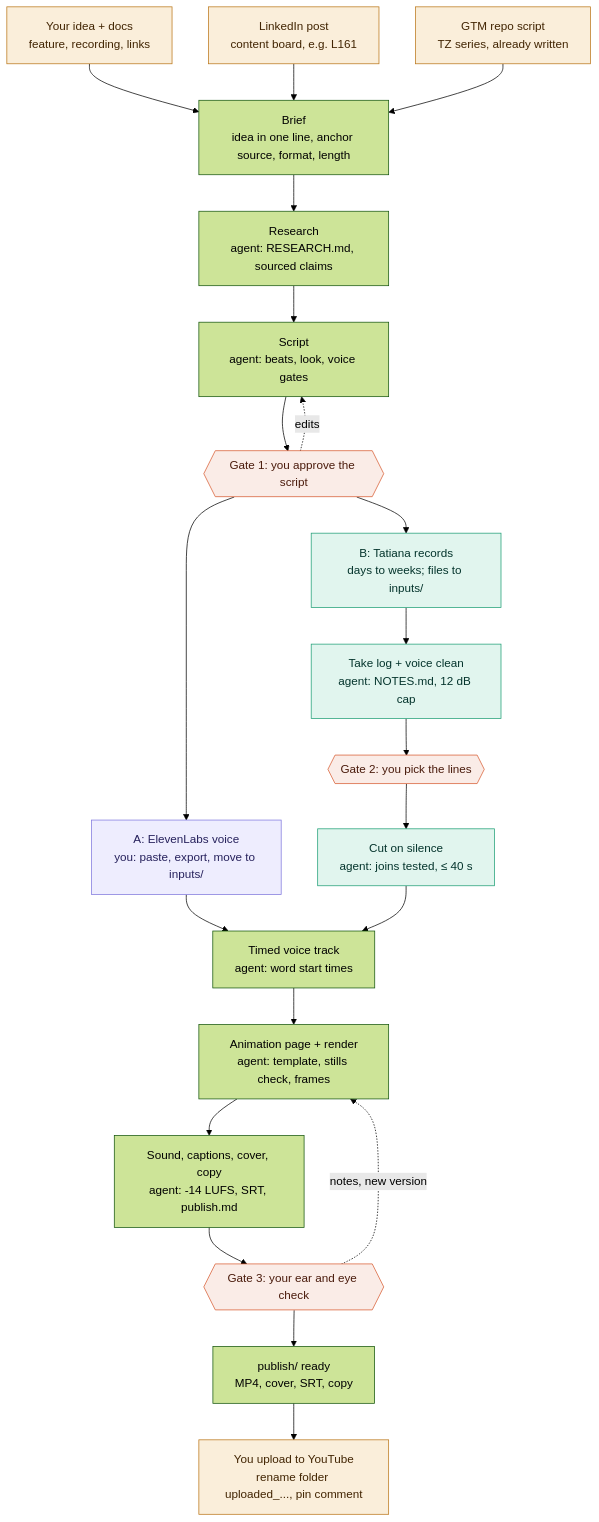
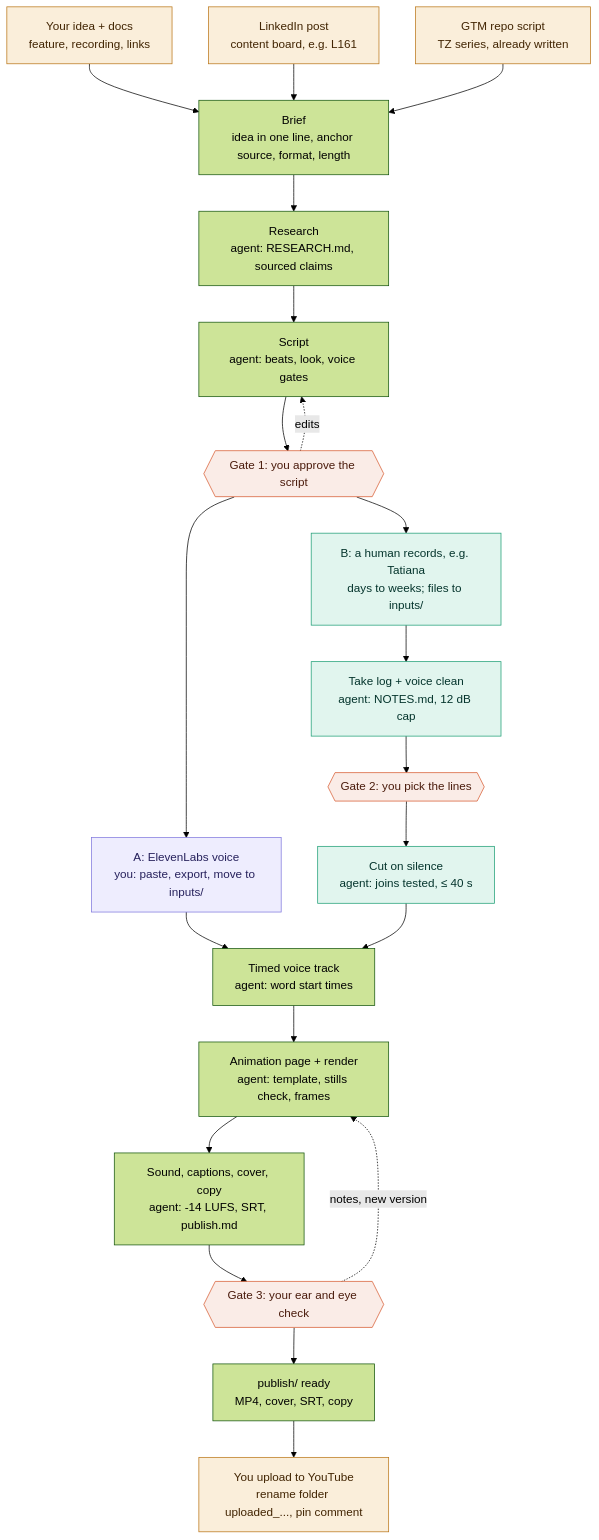
The diagram in docs/current-flows.md (dariasolomina-oss/malina-scaling-videos), drawn with Mermaid (forest theme) before and after one commit. The commit also changed 2 other files, not shown here.

Commit message:
docs: presenter is any human, Tatiana as example

````diff
--- a/docs/current-flows.md
+++ b/docs/current-flows.md
@@ -5,33 +5,33 @@
 ```mermaid
 flowchart TB
   classDef human fill:#FAEEDA,stroke:#BA7517,color:#412402
   classDef gate fill:#FAECE7,stroke:#D85A30,color:#4A1B0C
   classDef ai fill:#EEEDFE,stroke:#7F77DD,color:#26215C
   classDef hv fill:#E1F5EE,stroke:#1D9E75,color:#04342C
 
   T1[Your idea + docs<br/>feature, recording, links]:::human
   T2[LinkedIn post<br/>content board, e.g. L161]:::human
   T3[GTM repo script<br/>TZ series, already written]:::human
   T1 --> BR
   T2 --> BR
   T3 --> BR
   BR[Brief<br/>idea in one line, anchor source, format, length]
   BR --> R[Research<br/>agent: RESEARCH.md, sourced claims]
   R --> S[Script<br/>agent: beats, look, voice gates]
   S --> G1{{Gate 1: you approve the script}}:::gate
   G1 -. edits .-> S
   G1 --> A[A: ElevenLabs voice<br/>you: paste, export, move to inputs/]:::ai
-  G1 --> B1[B: Tatiana records<br/>days to weeks; files to inputs/]:::hv
+  G1 --> B1[B: a human records, e.g. Tatiana<br/>days to weeks; files to inputs/]:::hv
   B1 --> B2[Take log + voice clean<br/>agent: NOTES.md, 12 dB cap]:::hv
   B2 --> G2{{Gate 2: you pick the lines}}:::gate
   G2 --> B3[Cut on silence<br/>agent: joins tested, ≤ 40 s]:::hv
   A --> V
   B3 --> V
   V[Timed voice track<br/>agent: word start times]
   V --> AN[Animation page + render<br/>agent: template, stills check, frames]
   AN --> SC[Sound, captions, cover, copy<br/>agent: -14 LUFS, SRT, publish.md]
   SC --> G3{{Gate 3: your ear and eye check}}:::gate
   G3 -. notes, new version .-> AN
   G3 --> P[publish/ ready<br/>MP4, cover, SRT, copy]
   P --> U[You upload to YouTube<br/>rename folder uploaded_..., pin comment]:::human
 ```
````
